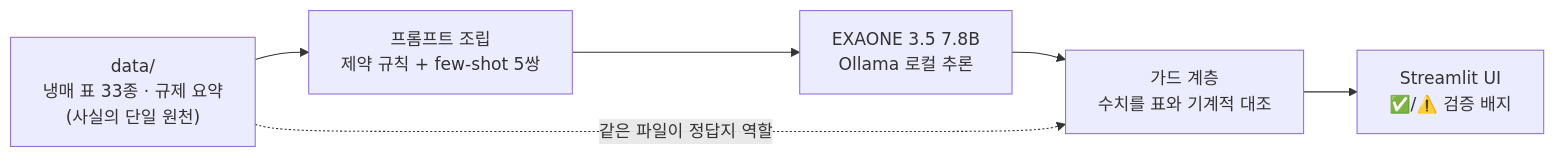
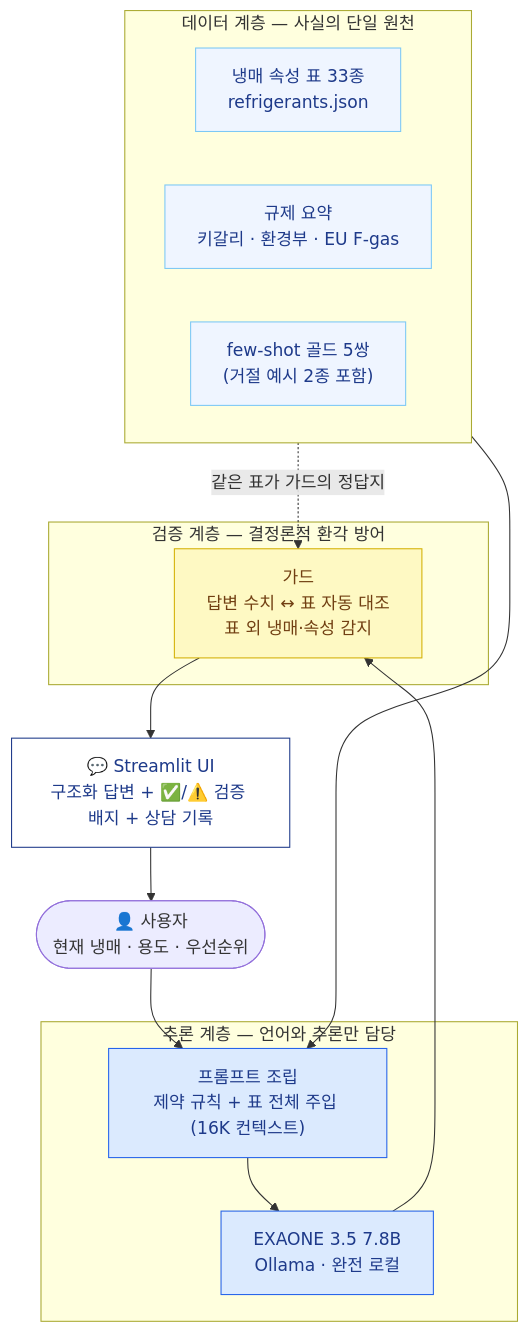
One commit to YeonSooKim526/R-NEXT changed the diagram in README.md. Above: the diagram before and after it, drawn with Mermaid. The commit also changed other lines of this file, not shown here.

Commit message:
README 절 구성 정형화 + 아키텍처 다이어그램 계층형으로 재작성

````diff
--- a/README.md
+++ b/README.md
@@ -39,8 +39,35 @@
 ```mermaid
-flowchart LR
-    D["data/<br>냉매 표 33종 · 규제 요약<br>(사실의 단일 원천)"] --> P["프롬프트 조립<br>제약 규칙 + few-shot 5쌍"]
-    P --> M["EXAONE 3.5 7.8B<br>Ollama 로컬 추론"]
-    M --> G["가드 계층<br>수치를 표와 기계적 대조"]
-    G --> U["Streamlit UI<br>✅/⚠️ 검증 배지"]
-    D -. 같은 파일이 정답지 역할 .-> G
+flowchart TB
+    USER(["👤 사용자<br/>현재 냉매 · 용도 · 우선순위"])
+
+    subgraph DATA["데이터 계층 — 사실의 단일 원천"]
+        direction LR
+        R["냉매 속성 표 33종<br/>refrigerants.json"]
+        REG["규제 요약<br/>키갈리 · 환경부 · EU F-gas"]
+        FS["few-shot 골드 5쌍<br/>(거절 예시 2종 포함)"]
+    end
+
+    subgraph INFER["추론 계층 — 언어와 추론만 담당"]
+        P["프롬프트 조립<br/>제약 규칙 + 표 전체 주입 (16K 컨텍스트)"]
+        M["EXAONE 3.5 7.8B<br/>Ollama · 완전 로컬"]
+    end
+
+    subgraph VERIFY["검증 계층 — 결정론적 환각 방어"]
+        G["가드<br/>답변 수치 ↔ 표 자동 대조<br/>표 외 냉매·속성 감지"]
+    end
+
+    UI["💬 Streamlit UI<br/>구조화 답변 + ✅/⚠️ 검증 배지 + 상담 기록"]
+
+    USER --> P
+    DATA --> P --> M --> G --> UI --> USER
+    R -. "같은 표가 가드의 정답지" .-> G
+
+    classDef data fill:#eff5ff,stroke:#7cc8f5,color:#1e3a8a
+    classDef infer fill:#dbeafe,stroke:#2563eb,color:#1e3a8a
+    classDef verify fill:#fef9c3,stroke:#d4b106,color:#713f12
+    classDef ui fill:#ffffff,stroke:#1e3a8a,color:#1e3a8a
+    class R,REG,FS data
+    class P,M infer
+    class G verify
+    class UI ui
 ```
````
